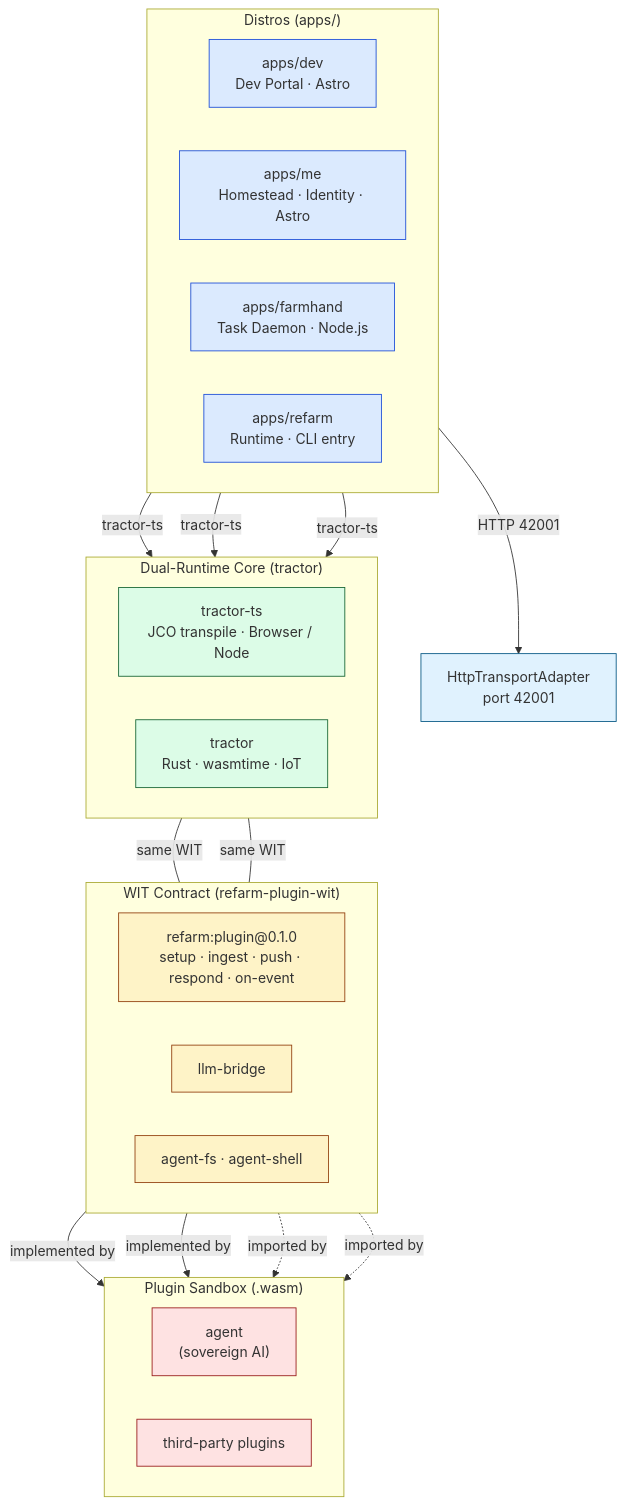
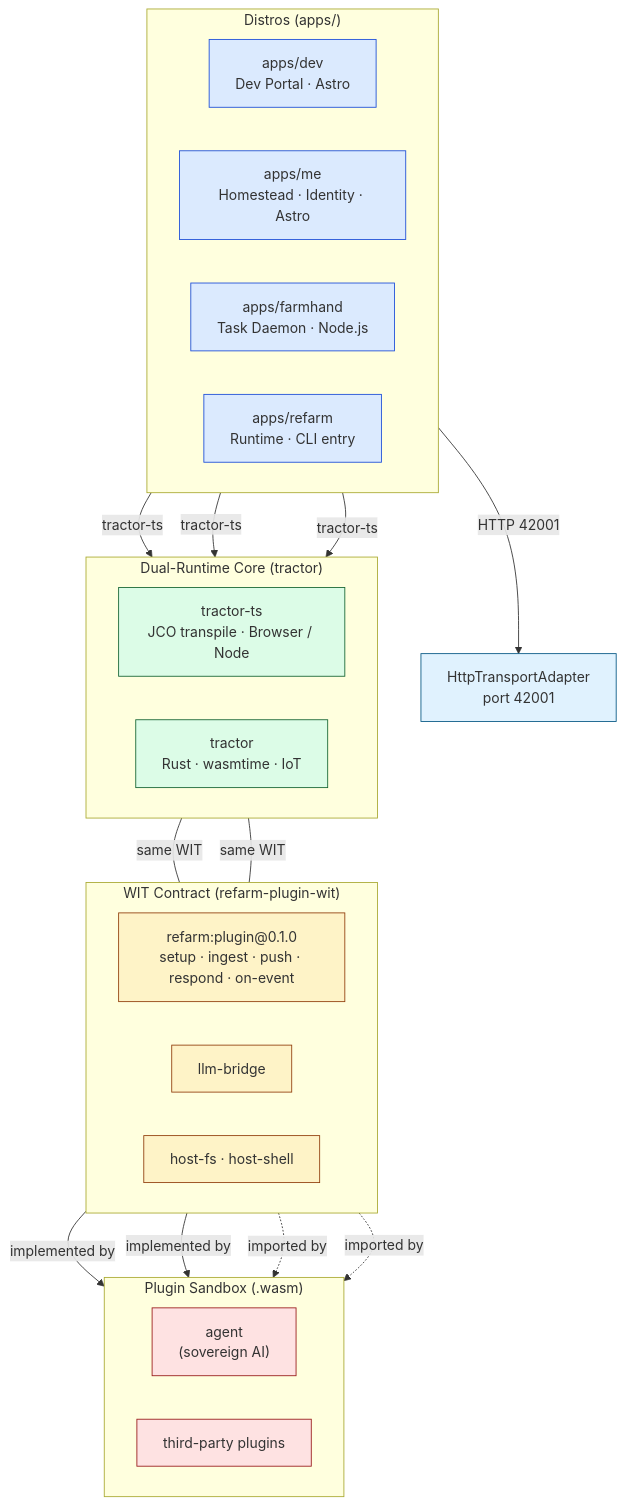
One commit to aretw0/refarm changed the diagram in specs/diagrams/architecture-layers--apps-runtime.mermaid. Above: the diagram before and after it, drawn with Mermaid. The commit also changed 10 other files, not shown here.

First line of the commit message:
docs!: rename live-reference docs + diagram sources to host-effects

```diff
--- a/specs/diagrams/architecture-layers--apps-runtime.mermaid
+++ b/specs/diagrams/architecture-layers--apps-runtime.mermaid
@@ -1,54 +1,54 @@
 graph TD
     subgraph Apps["Distros  (apps/)"]
         direction LR
         Dev["apps/dev\nDev Portal · Astro"]
         Me["apps/me\nHomestead · Identity · Astro"]
         Farmhand["apps/farmhand\nTask Daemon · Node.js"]
         RefarmCLI["apps/refarm\nRuntime · CLI entry"]
     end
 
     subgraph Core["Dual-Runtime Core  (tractor)"]
         direction LR
         TractorTS["tractor-ts\nJCO transpile · Browser / Node"]
         TractorRS["tractor\nRust · wasmtime · IoT"]
     end
 
     subgraph WIT["WIT Contract  (refarm-plugin-wit)"]
         direction LR
         WITPkg["refarm:plugin@0.1.0\nsetup · ingest · push · respond · on-event"]
         LLMBridge["llm-bridge"]
-        AgentFS["agent-fs · agent-shell"]
+        AgentFS["host-fs · host-shell"]
     end
 
     subgraph Plugins["Plugin Sandbox  (.wasm)"]
         direction LR
         Agent["agent\n(sovereign AI)"]
         ThirdParty["third-party plugins"]
     end
 
     HttpAdapt["HttpTransportAdapter\nport 42001"]
 
     Dev -->|tractor-ts| TractorTS
     Me -->|tractor-ts| TractorTS
     Farmhand -->|tractor-ts| TractorTS
     RefarmCLI -->|"HTTP 42001"| HttpAdapt
 
     TractorTS ---|"same WIT"| WITPkg
     TractorRS ---|"same WIT"| WITPkg
 
     WITPkg -->|"implemented by"| Agent
     WITPkg -->|"implemented by"| ThirdParty
     LLMBridge -.->|"imported by"| Agent
     AgentFS -.->|"imported by"| Agent
 
     classDef app       fill:#dbeafe,stroke:#1d4ed8,stroke-width:1px;
     classDef core      fill:#dcfce7,stroke:#166534,stroke-width:1px;
     classDef wit       fill:#fef3c7,stroke:#92400e,stroke-width:1px;
     classDef plugin    fill:#fee2e2,stroke:#991b1b,stroke-width:1px;
     classDef transport fill:#e0f2fe,stroke:#075985,stroke-width:1px;
 
     class Dev,Me,Farmhand,RefarmCLI app;
     class TractorTS,TractorRS core;
     class WITPkg,LLMBridge,AgentFS wit;
     class Agent,ThirdParty plugin;
     class HttpAdapt transport;
```
